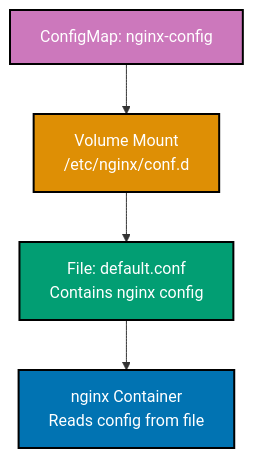
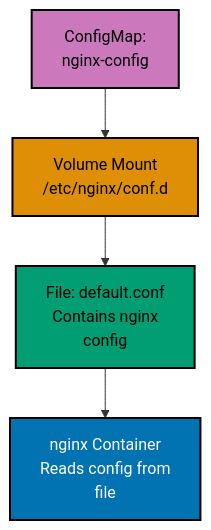
The eighth of 9 diagrams in apps/ayokoding-www/content/en/learn/legacy/software-engineering/infrastructure/tools/kubernetes/by-example/beginner.md (wahidyankf/ose-public), drawn with Mermaid before and after one commit. The commit also changed other lines of this file and 131 other files, not shown here.

First line of the commit message:
fix(mermaid): bring the legacy data, infrastructure, and testing diagrams onto the accessible palette

````diff
--- a/apps/ayokoding-www/content/en/learn/legacy/software-engineering/infrastructure/tools/kubernetes/by-example/beginner.md
+++ b/apps/ayokoding-www/content/en/learn/legacy/software-engineering/infrastructure/tools/kubernetes/by-example/beginner.md
@@ -1311,13 +1357,20 @@
 ```mermaid
 %% Color Palette: Blue #0173B2, Orange #DE8F05, Teal #029E73, Purple #CC78BC, Brown #CA9161
 %% ConfigMap volume mount
 graph TD
- A[ConfigMap: nginx-config] --> B[Volume Mount<br/>/etc/nginx/conf.d]
- B --> C[File: default.conf<br/>Contains nginx config]
- C --> D[nginx Container<br/>Reads config from file]
+ accTitle: Example 19: ConfigMap as Volume
+ accDescr: Graph with 4 nodes and 3 connections. Nodes: ConfigMap: nginx-config, Volume Mount /etc/nginx/conf.d, File: default.conf Contains nginx config, nginx Container Reads config from file. Connections: ConfigMap: nginx-config to Volume Mount /etc/nginx/conf.d, Volume Mount /etc/nginx/conf.d to File: default.conf Contains nginx config, File: default.conf Contains nginx config to nginx Container Reads config from file.
+ A[ConfigMap:<br/>nginx-config] --> B[Volume Mount<br/>/etc/nginx/conf.d]
+ B --> C[File: default.conf<br/>Contains nginx<br/>config]
+ C --> D[nginx Container<br/>Reads config from<br/>file]
 
- style A fill:#CC78BC,stroke:#000000,stroke-width:2px,color:#fff
- style B fill:#DE8F05,stroke:#000000,stroke-width:2px,color:#fff
- style C fill:#029E73,stroke:#000000,stroke-width:2px,color:#fff
- style D fill:#0173B2,stroke:#000000,stroke-width:2px,color:#fff
+ classDef pal-CC78BC fill:#CC78BC,stroke:#000000,color:#000000,stroke-width:2px
+ class A pal-CC78BC
+ classDef pal-DE8F05 fill:#DE8F05,stroke:#000000,color:#000000,stroke-width:2px
+ class B pal-DE8F05
+ classDef pal-029E73 fill:#029E73,stroke:#000000,color:#000000,stroke-width:2px
+ class C pal-029E73
+ classDef pal-0173B2 fill:#0173B2,stroke:#000000,color:#FFFFFF,stroke-width:2px
+ class D pal-0173B2
+ classDef default fill:#FFFFFF,stroke:#000000,color:#000000
 ```
````
